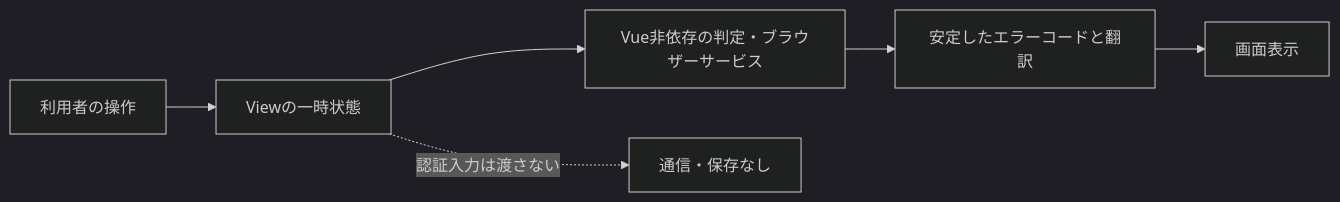
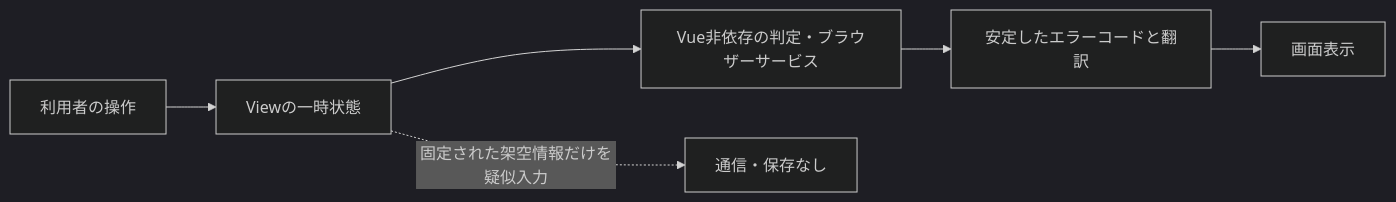
Before and after one commit to nao-dev-space/phishing-awareness: the first of 2 diagrams in docs/architecture.md, drawn with Mermaid (dark theme). The commit also changed other lines of this file and 14 other files, not shown here.

````diff
--- a/docs/architecture.md
+++ b/docs/architecture.md
@@ -9,8 +9,8 @@
 ```mermaid
 flowchart LR
   User["利用者の操作"] --> View["Viewの一時状態"]
   View --> Logic["Vue非依存の判定・ブラウザーサービス"]
   Logic --> Error["安定したエラーコードと翻訳"]
   Error --> Display["画面表示"]
-  View -. "認証入力は渡さない" .-> Nowhere["通信・保存なし"]
+  View -. "固定された架空情報だけを疑似入力" .-> Nowhere["通信・保存なし"]
 ```
````
